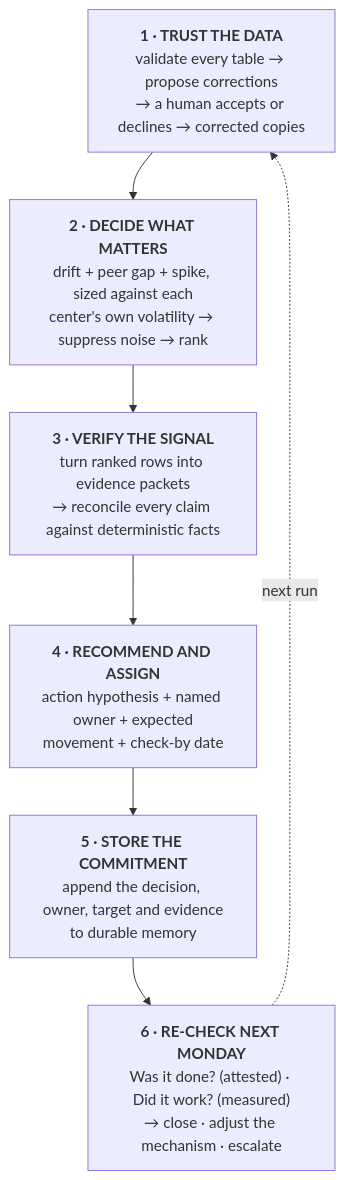
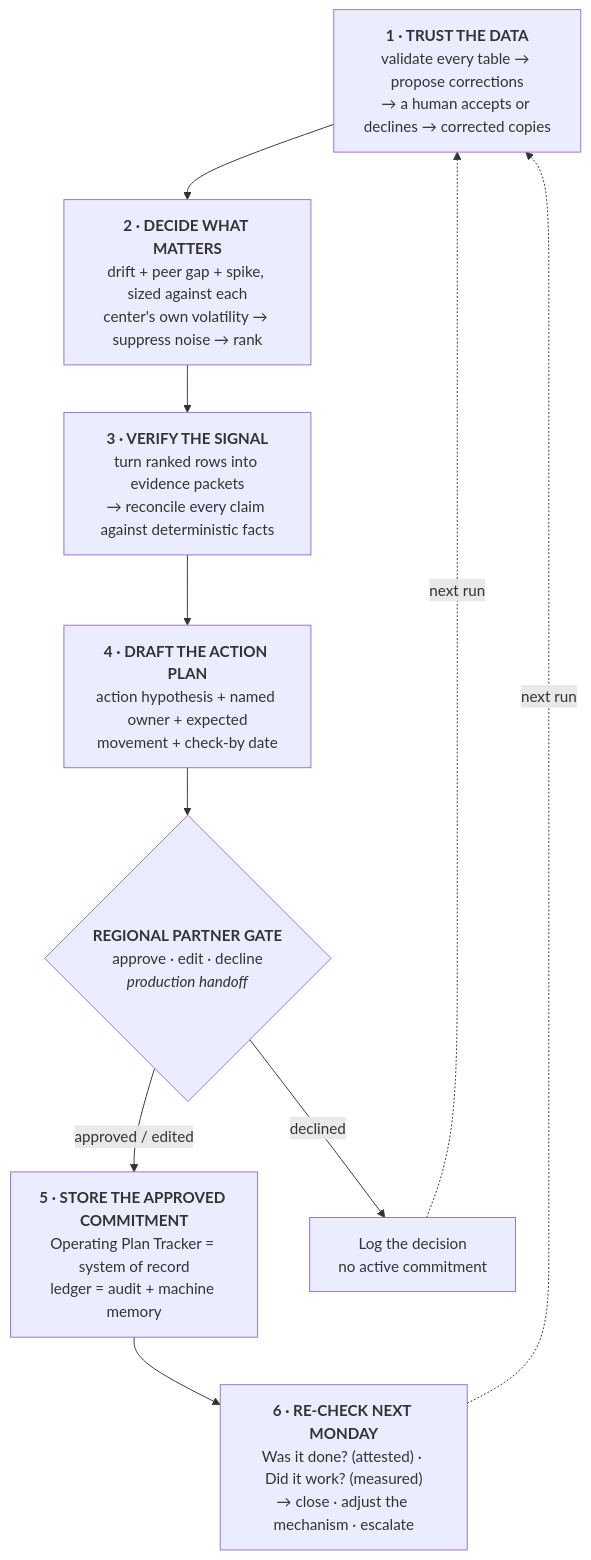
The diagram in README.md (ravejedii/petfolk-case-submission), drawn with Mermaid before and after one commit. The commit also changed other lines of this file, not shown here.

Commit message:
Align action loop with Regional Partner approval

````diff
--- a/README.md
+++ b/README.md
@@ -28,11 +28,16 @@
 ```mermaid
 flowchart TD
     A["<b>1 · TRUST THE DATA</b><br/>validate every table → propose corrections<br/>→ a human accepts or declines → corrected copies"]
     B["<b>2 · DECIDE WHAT MATTERS</b><br/>drift + peer gap + spike, sized against each<br/>center's own volatility → suppress noise → rank"]
     C["<b>3 · VERIFY THE SIGNAL</b><br/>turn ranked rows into evidence packets<br/>→ reconcile every claim against deterministic facts"]
-    D["<b>4 · RECOMMEND AND ASSIGN</b><br/>action hypothesis + named owner + expected<br/>movement + check-by date"]
-    E["<b>5 · STORE THE COMMITMENT</b><br/>append the decision, owner, target and evidence<br/>to durable memory"]
+    D["<b>4 · DRAFT THE ACTION PLAN</b><br/>action hypothesis + named owner + expected<br/>movement + check-by date"]
+    G{"<b>REGIONAL PARTNER GATE</b><br/>approve · edit · decline<br/><i>production handoff</i>"}
+    E["<b>5 · STORE THE APPROVED COMMITMENT</b><br/>Operating Plan Tracker = system of record<br/>ledger = audit + machine memory"]
+    X["Log the decision<br/>no active commitment"]
     F["<b>6 · RE-CHECK NEXT MONDAY</b><br/>Was it done? (attested) · Did it work? (measured)<br/>→ close · adjust the mechanism · escalate"]
-    A --> B --> C --> D --> E --> F
+    A --> B --> C --> D --> G
+    G -- "approved / edited" --> E --> F
+    G -- "declined" --> X
     F -. "next run" .-> A
+    X -. "next run" .-> A
 ```
````
